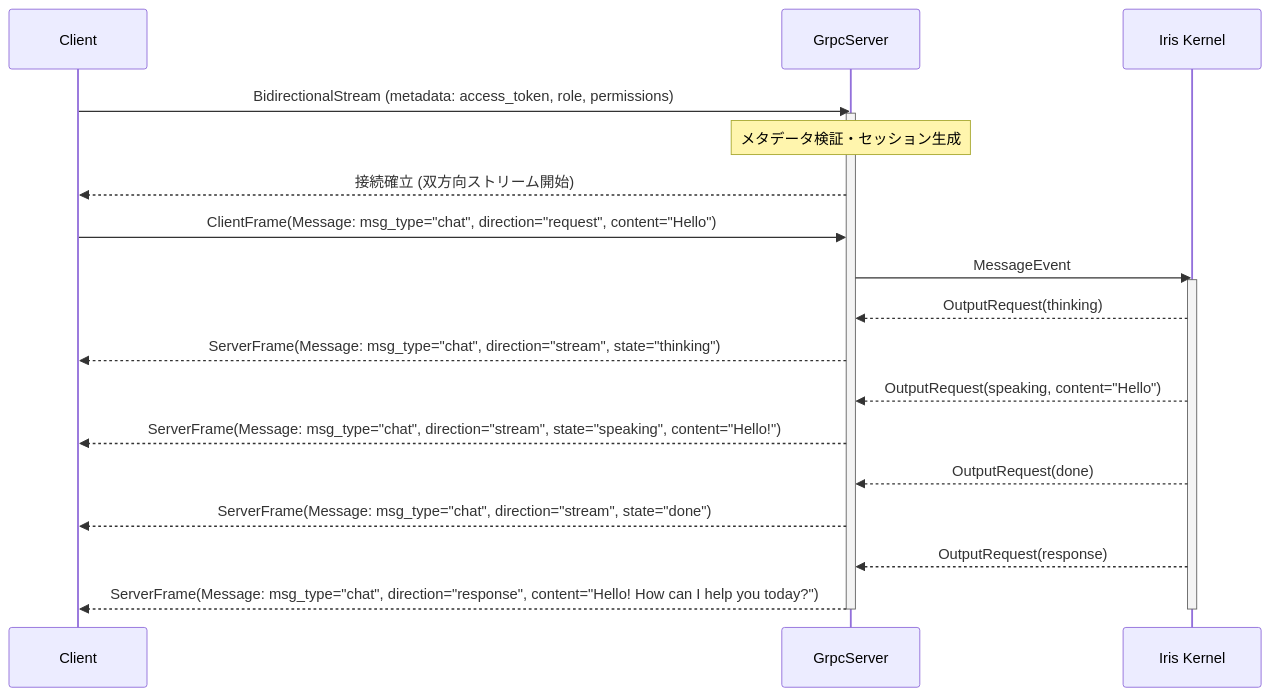
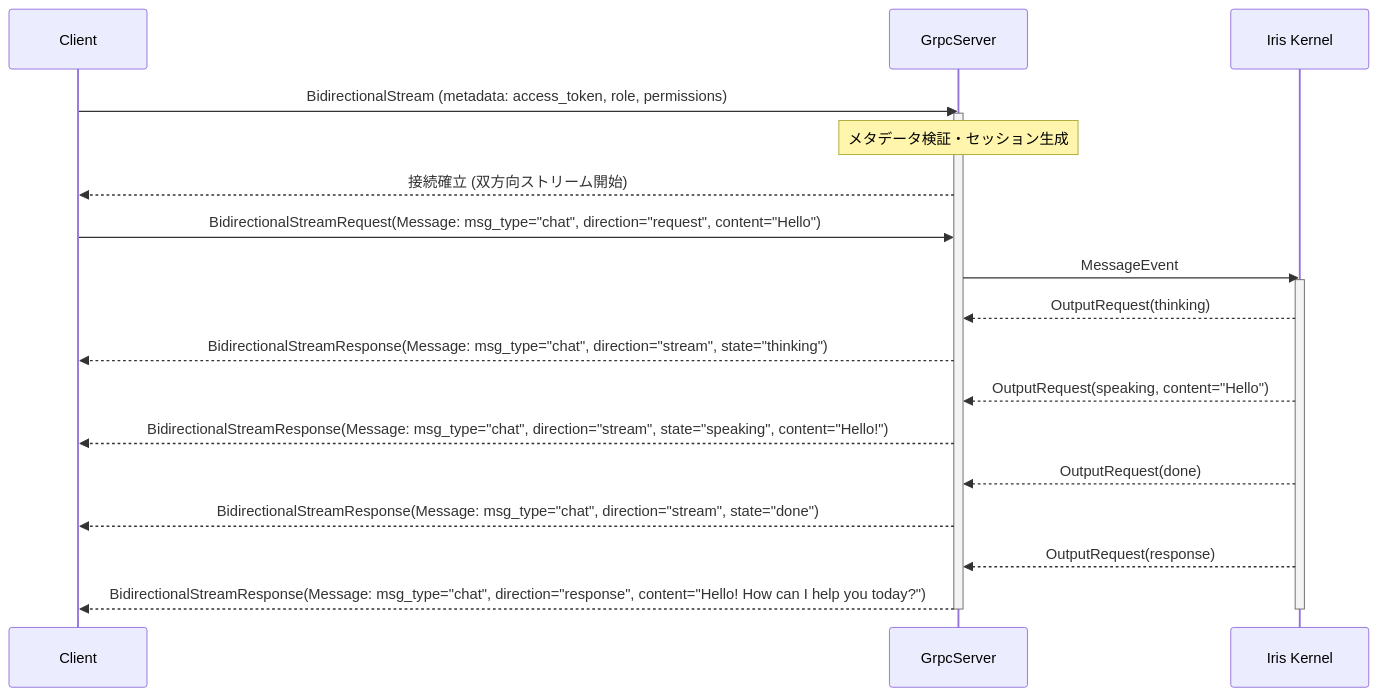
The first of 2 diagrams in docs/ipc-spec.md (ibukani/iris-mind), drawn with Mermaid before and after one commit. The commit also changed other lines of this file and 1 other file, not shown here.

````diff
--- a/docs/ipc-spec.md
+++ b/docs/ipc-spec.md
@@ -144,25 +144,25 @@
 ```mermaid
 sequenceDiagram
     participant Client
     participant Server as GrpcServer
     participant Kernel as Iris Kernel
 
     Client->>Server: BidirectionalStream (metadata: access_token, role, permissions)
     activate Server
     Note over Server: メタデータ検証・セッション生成
     Server-->>Client: 接続確立 (双方向ストリーム開始)
 
-    Client->>Server: ClientFrame(Message: msg_type="chat", direction="request", content="Hello")
+    Client->>Server: BidirectionalStreamRequest(Message: msg_type="chat", direction="request", content="Hello")
     Server->>Kernel: MessageEvent
     activate Kernel
     Kernel-->>Server: OutputRequest(thinking)
-    Server-->>Client: ServerFrame(Message: msg_type="chat", direction="stream", state="thinking")
+    Server-->>Client: BidirectionalStreamResponse(Message: msg_type="chat", direction="stream", state="thinking")
     Kernel-->>Server: OutputRequest(speaking, content="Hello")
-    Server-->>Client: ServerFrame(Message: msg_type="chat", direction="stream", state="speaking", content="Hello!")
+    Server-->>Client: BidirectionalStreamResponse(Message: msg_type="chat", direction="stream", state="speaking", content="Hello!")
     Kernel-->>Server: OutputRequest(done)
-    Server-->>Client: ServerFrame(Message: msg_type="chat", direction="stream", state="done")
+    Server-->>Client: BidirectionalStreamResponse(Message: msg_type="chat", direction="stream", state="done")
     Kernel-->>Server: OutputRequest(response)
-    Server-->>Client: ServerFrame(Message: msg_type="chat", direction="response", content="Hello! How can I help you today?")
+    Server-->>Client: BidirectionalStreamResponse(Message: msg_type="chat", direction="response", content="Hello! How can I help you today?")
     deactivate Kernel
     deactivate Server
 ```
````
